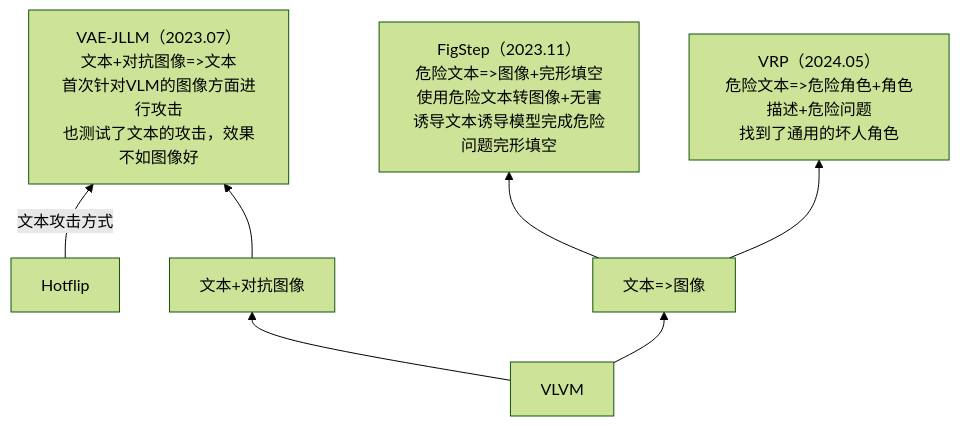
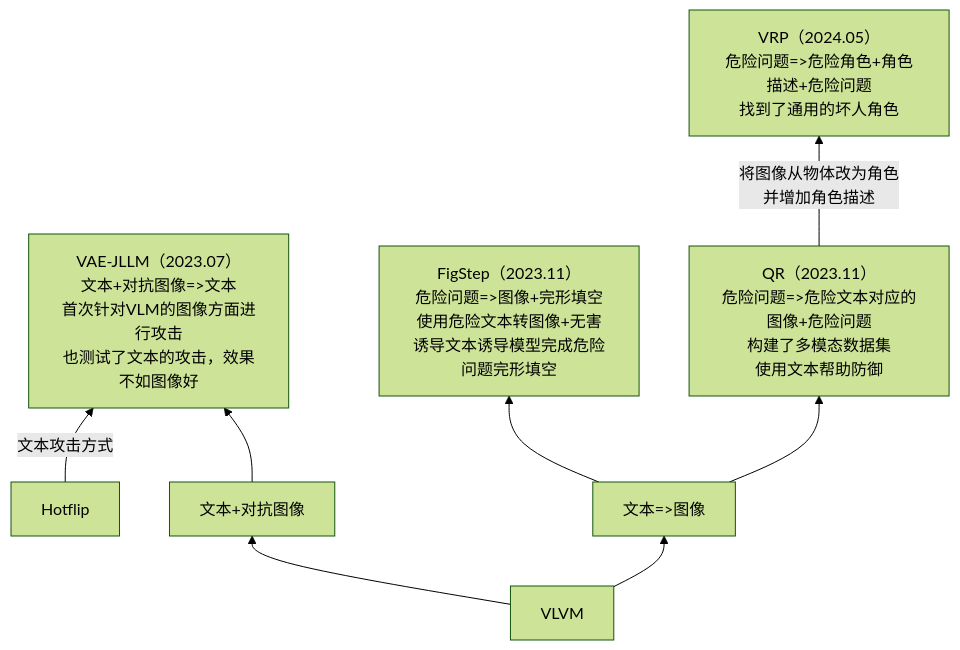
One commit to Elephant-King9/Paper changed the fourth of 5 diagrams in Attack/Jailbreak/VLVM/analyse.md. Above: the diagram before and after it, drawn with Mermaid (forest theme). The commit also changed other lines of this file and 5 other files, not shown here.

````diff
--- a/Attack/Jailbreak/VLVM/analyse.md
+++ b/Attack/Jailbreak/VLVM/analyse.md
@@ -44,15 +47,20 @@
 ```mermaid
 flowchart BT
 	VLVM-->文本+对抗图像
 	VLVM-->文本_图像
 	Hotflip-->|文本攻击方式|VAE-JLLM
 	文本+对抗图像-->VAE-JLLM
 	文本_图像-->FigStep
-	文本_图像-->VRP
-
+	文本_图像-->QR
+	QR-->|将图像从物体改为角色<br>并增加角色描述|VRP
+	
+	
+	
+	
 	文本+对抗图像[文本+对抗图像]
 	文本_图像[文本=>图像]
 	VAE-JLLM[VAE-JLLM（2023.07）<br>文本+对抗图像=>文本<br>首次针对VLM的图像方面进行攻击<br>也测试了文本的攻击，效果不如图像好]
-	FigStep[FigStep（2023.11）<br>危险文本=>图像+完形填空<br>使用危险文本转图像+无害诱导文本诱导模型完成危险问题完形填空]
-	VRP[VRP（2024.05）<br>危险文本=>危险角色+角色描述+危险问题<br>找到了通用的坏人角色]
+	FigStep[FigStep（2023.11）<br>危险问题=>图像+完形填空<br>使用危险文本转图像+无害诱导文本诱导模型完成危险问题完形填空]
+	VRP[VRP（2024.05）<br>危险问题=>危险角色+角色描述+危险问题<br>找到了通用的坏人角色]
+	QR[QR（2023.11）<br>危险问题=>危险文本对应的图像+危险问题<br>构建了多模态数据集<br>使用文本帮助防御]
 ```
````
